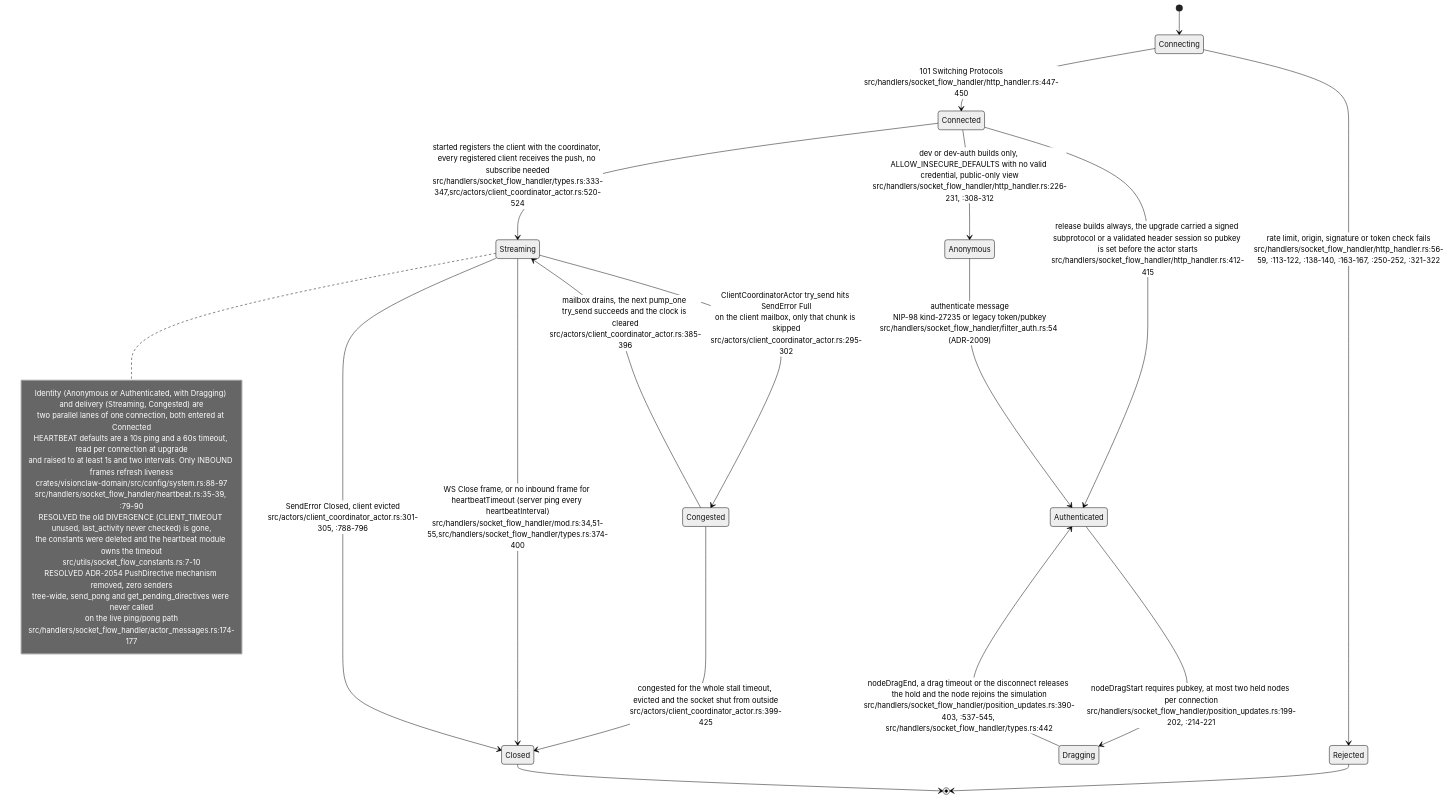
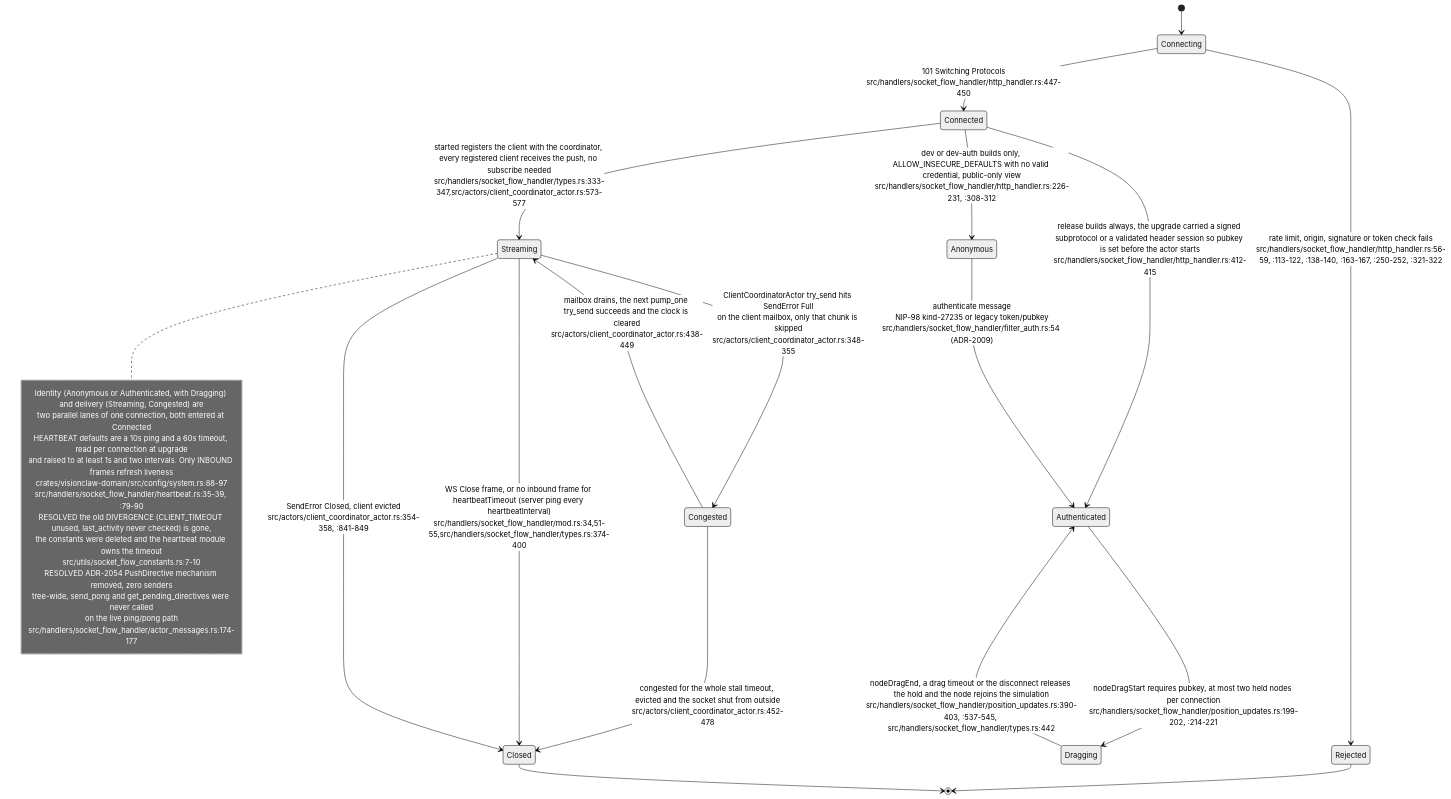
The ninth of 9 diagrams in docs/diagrams/visionclaw/13-broadcast-pipeline-and-websocket.md (DreamLab-AI/VisionFlow), drawn with Mermaid (neutral theme) before and after one commit. The commit also changed other lines of this file and 81 other files, not shown here.

First line of the commit message:
docs(diagrams): roll VisionClaw topics to main 010e1109b (PR 37 and 38 merged); fix remaining prose citations

````diff
--- a/docs/diagrams/visionclaw/13-broadcast-pipeline-and-websocket.md
+++ b/docs/diagrams/visionclaw/13-broadcast-pipeline-and-websocket.md
@@ -498,39 +498,39 @@
 ```mermaid
 stateDiagram-v2
     [*] --> Connecting
     Connecting --> Rejected: rate limit, origin, signature or token check fails<br/>src/handlers/socket_flow_handler/http_handler.rs:56-59, :113-122, :138-140, :163-167, :250-252, :321-322
     Connecting --> Connected: 101 Switching Protocols<br/>src/handlers/socket_flow_handler/http_handler.rs:447-450
     Rejected --> [*]
 
     Connected --> Authenticated: release builds always, the upgrade carried a signed subprotocol or a validated header session so pubkey is set before the actor starts<br/>src/handlers/socket_flow_handler/http_handler.rs:412-415
     Connected --> Anonymous: dev or dev-auth builds only, ALLOW_INSECURE_DEFAULTS with no valid credential, public-only view<br/>src/handlers/socket_flow_handler/http_handler.rs:226-231, :308-312
     Anonymous --> Authenticated: authenticate message<br/>NIP-98 kind-27235 or legacy token/pubkey<br/>src/handlers/socket_flow_handler/filter_auth.rs:54 (ADR-2009)
 
     Authenticated --> Dragging: nodeDragStart requires pubkey, at most two held nodes per connection<br/>src/handlers/socket_flow_handler/position_updates.rs:199-202, :214-221
     Dragging --> Authenticated: nodeDragEnd, a drag timeout or the disconnect releases the hold and the node rejoins the simulation<br/>src/handlers/socket_flow_handler/position_updates.rs:390-403, :537-545, src/handlers/socket_flow_handler/types.rs:442
 
-    Connected --> Streaming: started registers the client with the coordinator, every registered client receives the push, no subscribe needed<br/>src/handlers/socket_flow_handler/types.rs:333-347,src/actors/client_coordinator_actor.rs:520-524
-    Streaming --> Congested: ClientCoordinatorActor try_send hits SendError Full<br/>on the client mailbox, only that chunk is skipped<br/>src/actors/client_coordinator_actor.rs:295-302
-    Congested --> Streaming: mailbox drains, the next pump_one try_send succeeds and the clock is cleared<br/>src/actors/client_coordinator_actor.rs:385-396
-    Congested --> Closed: congested for the whole stall timeout, evicted and the socket shut from outside<br/>src/actors/client_coordinator_actor.rs:399-425
+    Connected --> Streaming: started registers the client with the coordinator, every registered client receives the push, no subscribe needed<br/>src/handlers/socket_flow_handler/types.rs:333-347,src/actors/client_coordinator_actor.rs:573-577
+    Streaming --> Congested: ClientCoordinatorActor try_send hits SendError Full<br/>on the client mailbox, only that chunk is skipped<br/>src/actors/client_coordinator_actor.rs:348-355
+    Congested --> Streaming: mailbox drains, the next pump_one try_send succeeds and the clock is cleared<br/>src/actors/client_coordinator_actor.rs:438-449
+    Congested --> Closed: congested for the whole stall timeout, evicted and the socket shut from outside<br/>src/actors/client_coordinator_actor.rs:452-478
 
     Streaming --> Closed: WS Close frame, or no inbound frame for heartbeatTimeout (server ping every heartbeatInterval)<br/>src/handlers/socket_flow_handler/mod.rs:34,51-55,src/handlers/socket_flow_handler/types.rs:374-400
-    Streaming --> Closed: SendError Closed, client evicted<br/>src/actors/client_coordinator_actor.rs:301-305, :788-796
+    Streaming --> Closed: SendError Closed, client evicted<br/>src/actors/client_coordinator_actor.rs:354-358, :841-849
     Closed --> [*]
 
     note right of Streaming
         Identity (Anonymous or Authenticated, with Dragging) and delivery (Streaming, Congested) are
         two parallel lanes of one connection, both entered at Connected
         HEARTBEAT defaults are a 10s ping and a 60s timeout, read per connection at upgrade
         and raised to at least 1s and two intervals. Only INBOUND frames refresh liveness
         crates/visionclaw-domain/src/config/system.rs:88-97
         src/handlers/socket_flow_handler/heartbeat.rs:35-39, :79-90
         RESOLVED the old DIVERGENCE (CLIENT_TIMEOUT unused, last_activity never checked) is gone,
         the constants were deleted and the heartbeat module owns the timeout
         src/utils/socket_flow_constants.rs:7-10
         RESOLVED ADR-2054 PushDirective mechanism removed, zero senders
         tree-wide, send_pong and get_pending_directives were never called
         on the live ping/pong path
         src/handlers/socket_flow_handler/actor_messages.rs:174-177
     end note
 ```
````
